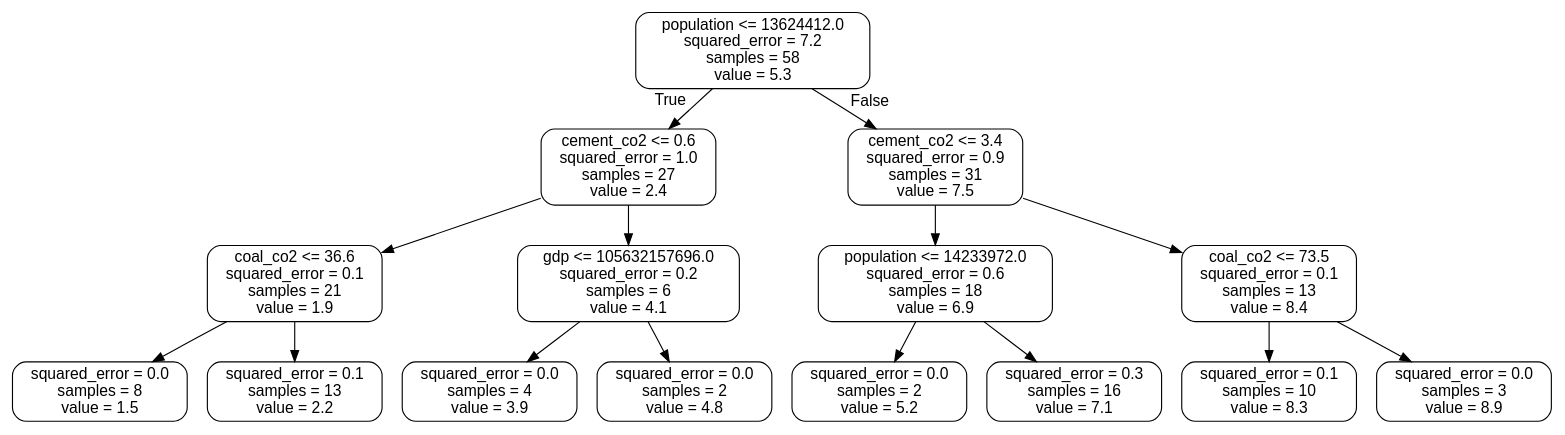
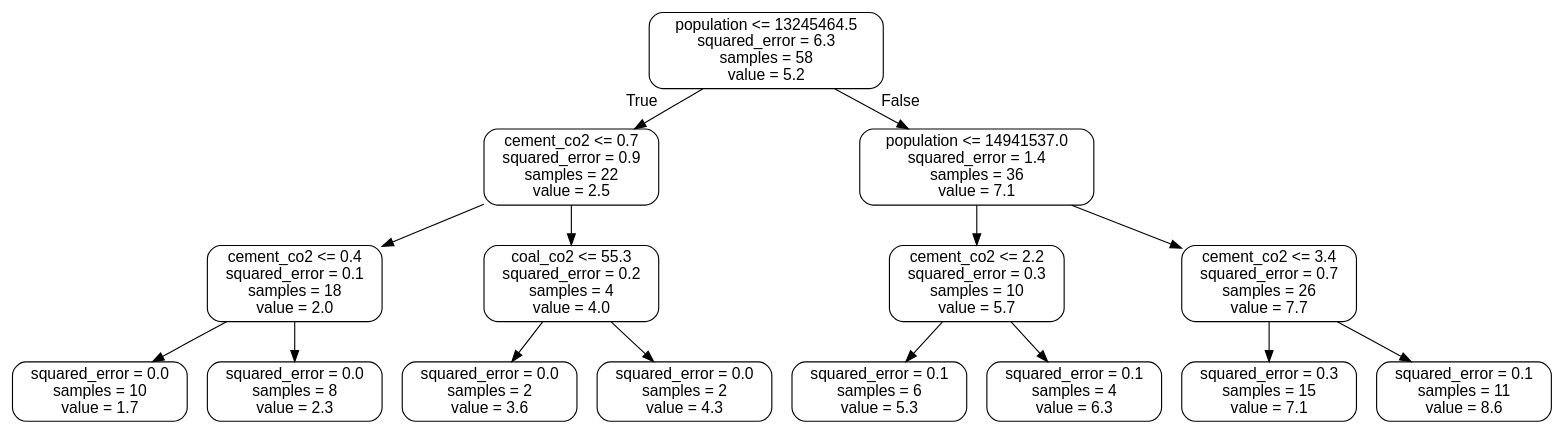
The diagram in small_tree.dot (L-dos-Santos/final-project), drawn with Graphviz before and after one commit. The commit also changed 3 other files, not shown here.

```diff
--- a/small_tree.dot
+++ b/small_tree.dot
@@ -1,33 +1,33 @@
 digraph Tree {
 node [shape=box, style="rounded", color="black", fontname="helvetica"] ;
 edge [fontname="helvetica"] ;
-0 [label="population <= 13624412.0\nsquared_error = 7.2\nsamples = 58\nvalue = 5.3"] ;
-1 [label="cement_co2 <= 0.6\nsquared_error = 1.0\nsamples = 27\nvalue = 2.4"] ;
+0 [label="population <= 13245464.5\nsquared_error = 6.3\nsamples = 58\nvalue = 5.2"] ;
+1 [label="cement_co2 <= 0.7\nsquared_error = 0.9\nsamples = 22\nvalue = 2.5"] ;
 0 -> 1 [labeldistance=2.5, labelangle=45, headlabel="True"] ;
-2 [label="coal_co2 <= 36.6\nsquared_error = 0.1\nsamples = 21\nvalue = 1.9"] ;
+2 [label="cement_co2 <= 0.4\nsquared_error = 0.1\nsamples = 18\nvalue = 2.0"] ;
 1 -> 2 ;
-3 [label="squared_error = 0.0\nsamples = 8\nvalue = 1.5"] ;
+3 [label="squared_error = 0.0\nsamples = 10\nvalue = 1.7"] ;
 2 -> 3 ;
-4 [label="squared_error = 0.1\nsamples = 13\nvalue = 2.2"] ;
+4 [label="squared_error = 0.0\nsamples = 8\nvalue = 2.3"] ;
 2 -> 4 ;
-5 [label="gdp <= 105632157696.0\nsquared_error = 0.2\nsamples = 6\nvalue = 4.1"] ;
+5 [label="coal_co2 <= 55.3\nsquared_error = 0.2\nsamples = 4\nvalue = 4.0"] ;
 1 -> 5 ;
-6 [label="squared_error = 0.0\nsamples = 4\nvalue = 3.9"] ;
+6 [label="squared_error = 0.0\nsamples = 2\nvalue = 3.6"] ;
 5 -> 6 ;
-7 [label="squared_error = 0.0\nsamples = 2\nvalue = 4.8"] ;
+7 [label="squared_error = 0.0\nsamples = 2\nvalue = 4.3"] ;
 5 -> 7 ;
-8 [label="cement_co2 <= 3.4\nsquared_error = 0.9\nsamples = 31\nvalue = 7.5"] ;
+8 [label="population <= 14941537.0\nsquared_error = 1.4\nsamples = 36\nvalue = 7.1"] ;
 0 -> 8 [labeldistance=2.5, labelangle=-45, headlabel="False"] ;
-9 [label="population <= 14233972.0\nsquared_error = 0.6\nsamples = 18\nvalue = 6.9"] ;
+9 [label="cement_co2 <= 2.2\nsquared_error = 0.3\nsamples = 10\nvalue = 5.7"] ;
 8 -> 9 ;
-10 [label="squared_error = 0.0\nsamples = 2\nvalue = 5.2"] ;
+10 [label="squared_error = 0.1\nsamples = 6\nvalue = 5.3"] ;
 9 -> 10 ;
-11 [label="squared_error = 0.3\nsamples = 16\nvalue = 7.1"] ;
+11 [label="squared_error = 0.1\nsamples = 4\nvalue = 6.3"] ;
 9 -> 11 ;
-12 [label="coal_co2 <= 73.5\nsquared_error = 0.1\nsamples = 13\nvalue = 8.4"] ;
+12 [label="cement_co2 <= 3.4\nsquared_error = 0.7\nsamples = 26\nvalue = 7.7"] ;
 8 -> 12 ;
-13 [label="squared_error = 0.1\nsamples = 10\nvalue = 8.3"] ;
+13 [label="squared_error = 0.3\nsamples = 15\nvalue = 7.1"] ;
 12 -> 13 ;
-14 [label="squared_error = 0.0\nsamples = 3\nvalue = 8.9"] ;
+14 [label="squared_error = 0.1\nsamples = 11\nvalue = 8.6"] ;
 12 -> 14 ;
 }
```
